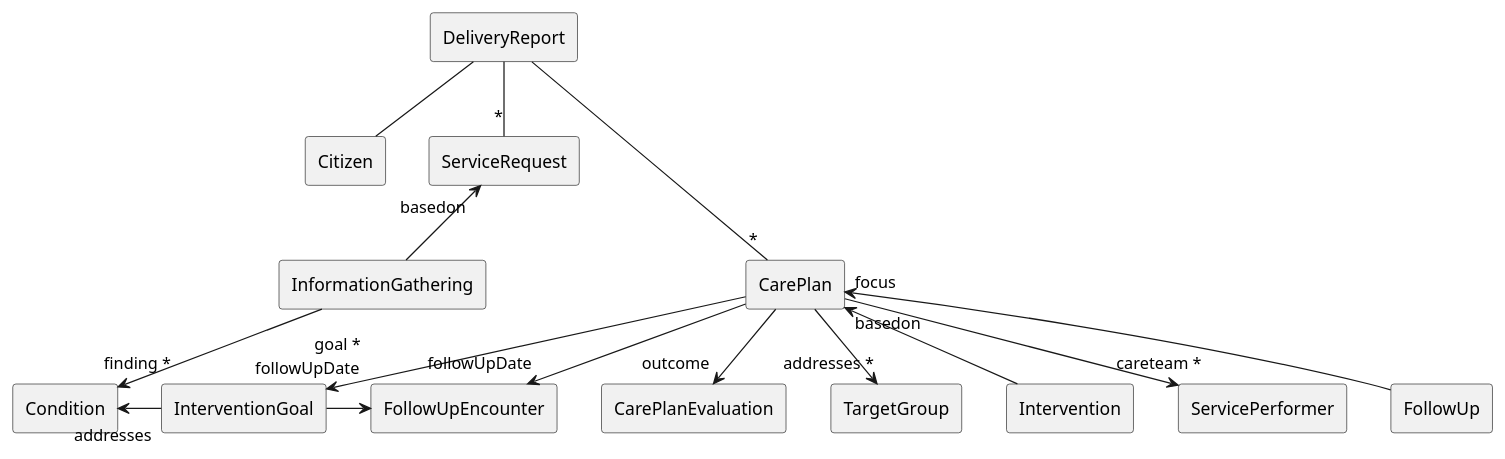
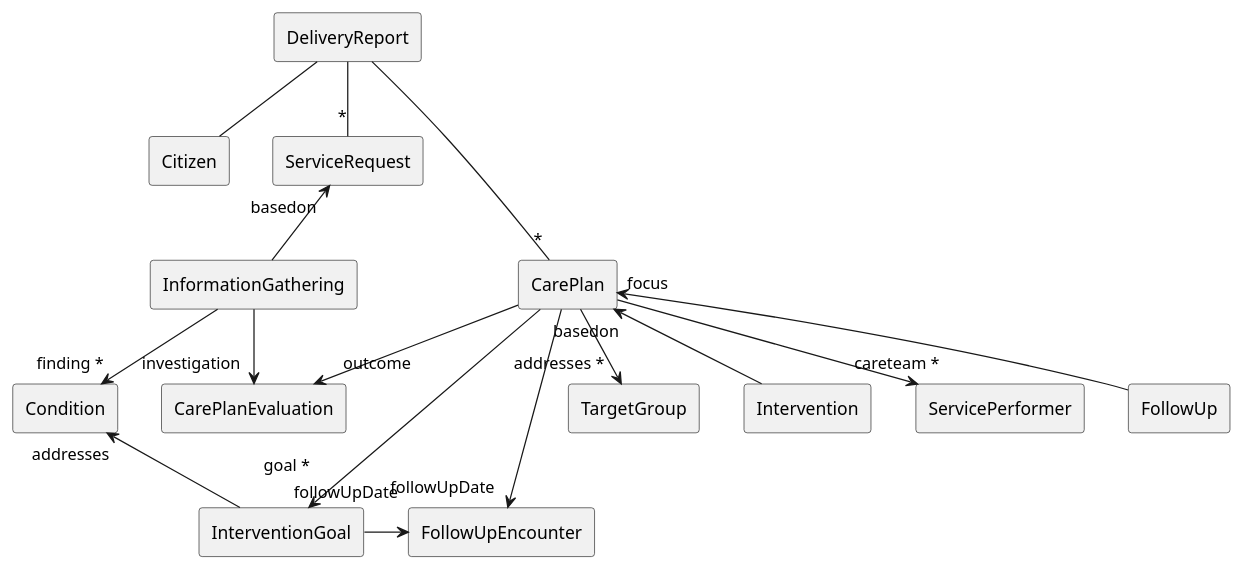
The diagram in input/images-sources/KLReportingFFBDeliveryReport.plantuml (hl7dk/kl-ffb-reporting), drawn with PlantUML before and after one commit. The commit also changed 7 other files, not shown here.

```diff
--- a/input/images-sources/KLReportingFFBDeliveryReport.plantuml
+++ b/input/images-sources/KLReportingFFBDeliveryReport.plantuml
@@ -1,43 +1,45 @@
 @startuml DeliveryReport
 'left to right direction
 
 rectangle "DeliveryReport" as report
 
 rectangle "Citizen" as citizen
 rectangle "ServiceRequest" as request
 
 rectangle "InformationGathering" as information
-rectangle "Condition" as condition
 
 rectangle "CarePlan" as careplan
 
+rectangle "InterventionGoal" as goal
+rectangle "FollowUpEncounter" as encounter
+
+rectangle "Condition" as condition
+
 rectangle "CarePlanEvaluation" as careplanevaluation
-rectangle "InterventionGoal" as goal
 
 rectangle "TargetGroup" as targetgroup
 
 rectangle "Intervention" as intervention
 rectangle "ServicePerformer" as provider
 
 rectangle "FollowUp" as followup
 
-rectangle "FollowUpEncounter" as encounter
-
 report -- citizen
 report --"*" request
 report --"*" careplan
 
 information -->"finding *" condition
+information -->"investigation" careplanevaluation
 
 request "basedon"<-- information
 careplan -->"goal *\n" goal
 careplan -->"outcome" careplanevaluation
 careplan -->"addresses *" targetgroup
 careplan "basedon"<-- intervention
 careplan -->"careteam *" provider
 careplan "focus"<-- followup
-condition "addresses"<- goal
+condition "addresses"<-- goal
 
 careplan -->"followUpDate" encounter
 goal ->"followUpDate" encounter
 @enduml
```
